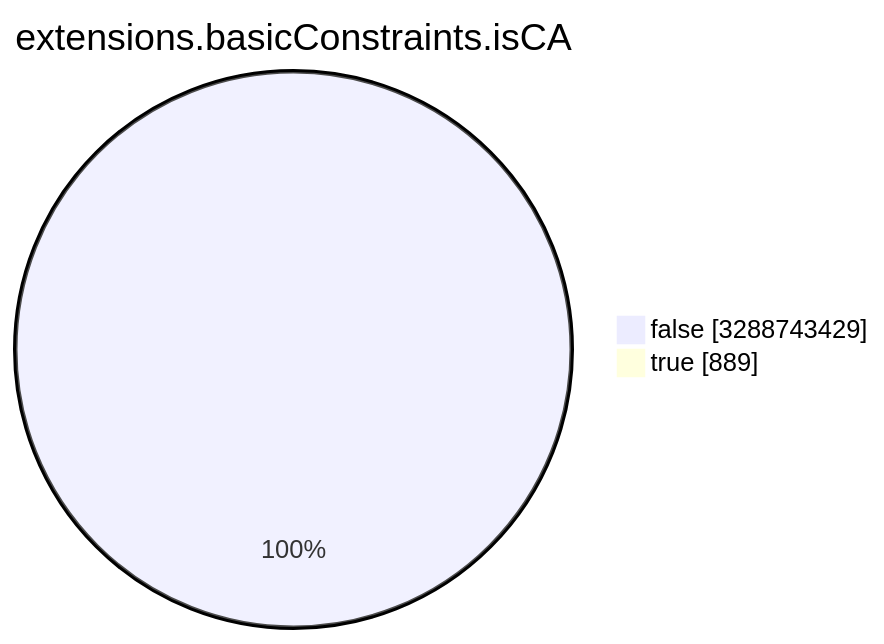
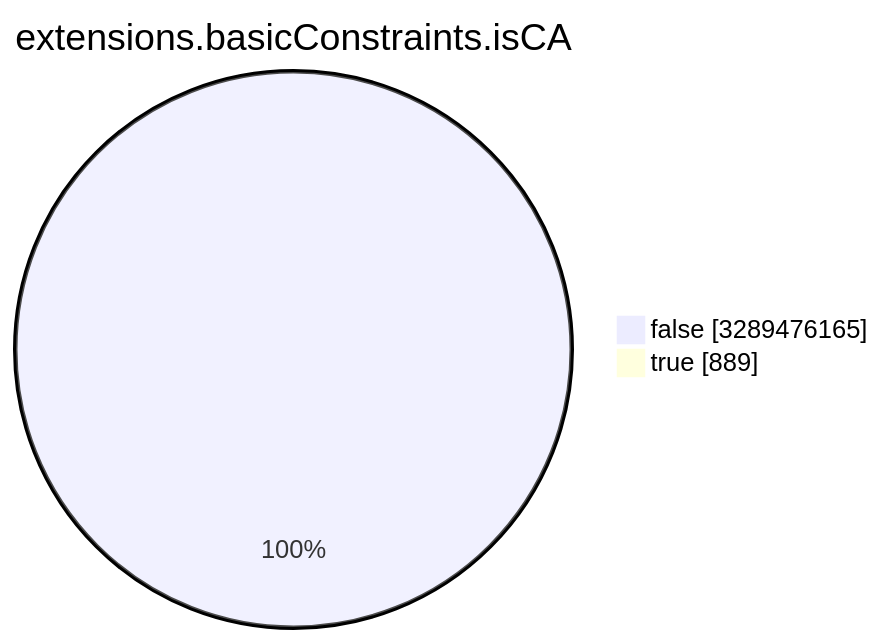
The seventh of 15 diagrams in TOTAL/README.md (christiankrug/ctmonitor_visualization), drawn with Mermaid before and after one commit. The commit also changed other lines of this file, not shown here.

````diff
--- a/TOTAL/README.md
+++ b/TOTAL/README.md
@@ -3089,6 +3089,6 @@
 ```mermaid
 pie showData
 title extensions.basicConstraints.isCA
-"false" :3288743429
+"false" :3289476165
 "true" :889
 ```
````
